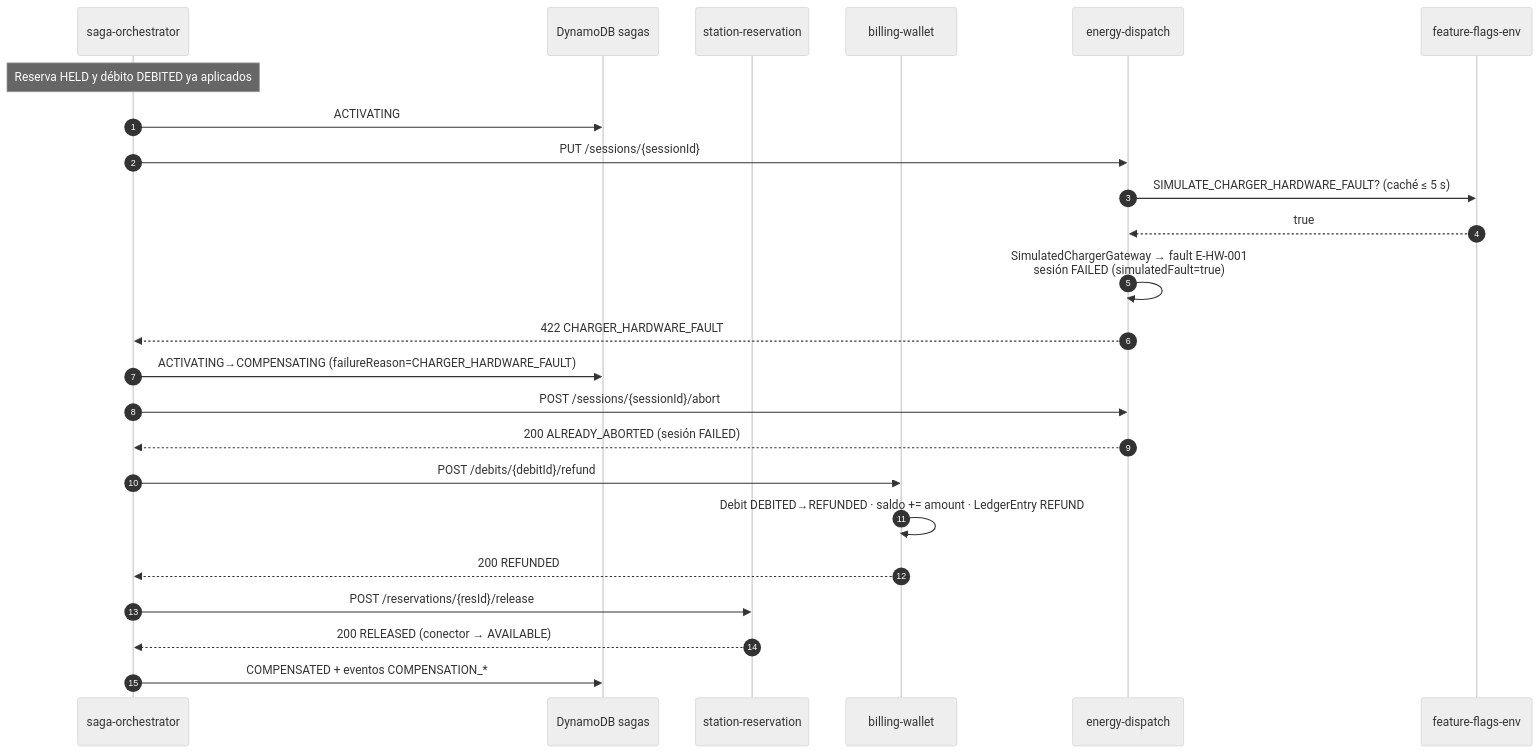
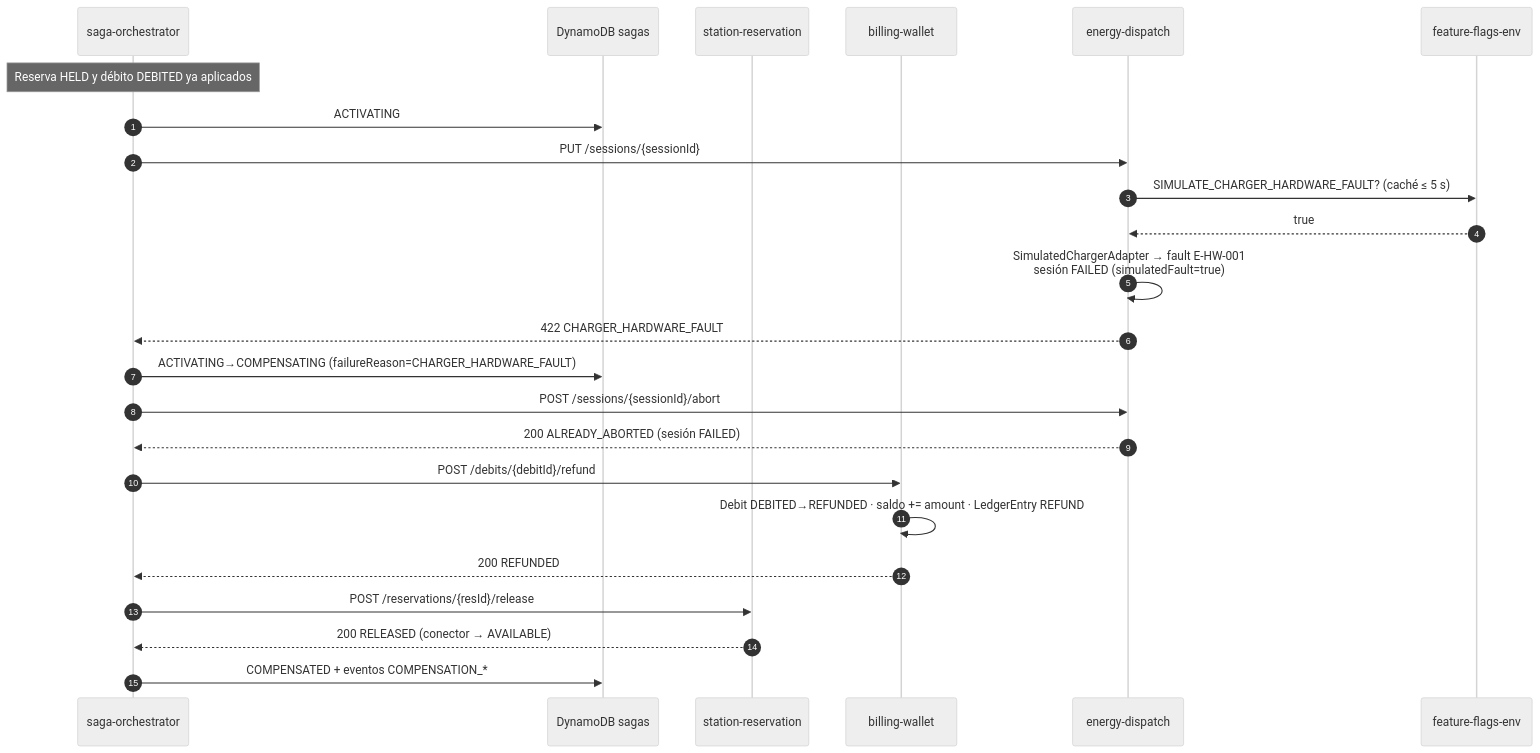
One commit to santiagoSaMi/aegisvolt changed the fourth of 4 diagrams in docs/architecture/02-saga.md. Above: the diagram before and after it, drawn with Mermaid (neutral theme). The commit also changed other lines of this file and 86 other files, not shown here.

````diff
--- a/docs/architecture/02-saga.md
+++ b/docs/architecture/02-saga.md
@@ -113,27 +113,27 @@
 ```mermaid
 sequenceDiagram
   autonumber
   participant O as saga-orchestrator
   participant DS as DynamoDB sagas
   participant R as station-reservation
   participant B as billing-wallet
   participant D as energy-dispatch
   participant FF as feature-flags-env
 
   Note over O: Reserva HELD y débito DEBITED ya aplicados
   O->>DS: ACTIVATING
   O->>D: PUT /sessions/{sessionId}
   D->>FF: SIMULATE_CHARGER_HARDWARE_FAULT? (caché ≤ 5 s)
   FF-->>D: true
-  D->>D: SimulatedChargerGateway → fault E-HW-001<br/>sesión FAILED (simulatedFault=true)
+  D->>D: SimulatedChargerAdapter → fault E-HW-001<br/>sesión FAILED (simulatedFault=true)
   D-->>O: 422 CHARGER_HARDWARE_FAULT
   O->>DS: ACTIVATING→COMPENSATING (failureReason=CHARGER_HARDWARE_FAULT)
   O->>D: POST /sessions/{sessionId}/abort
   D-->>O: 200 ALREADY_ABORTED (sesión FAILED)
   O->>B: POST /debits/{debitId}/refund
   B->>B: Debit DEBITED→REFUNDED · saldo += amount · LedgerEntry REFUND
   B-->>O: 200 REFUNDED
   O->>R: POST /reservations/{resId}/release
   R-->>O: 200 RELEASED (conector → AVAILABLE)
   O->>DS: COMPENSATED + eventos COMPENSATION_*
 ```
````
